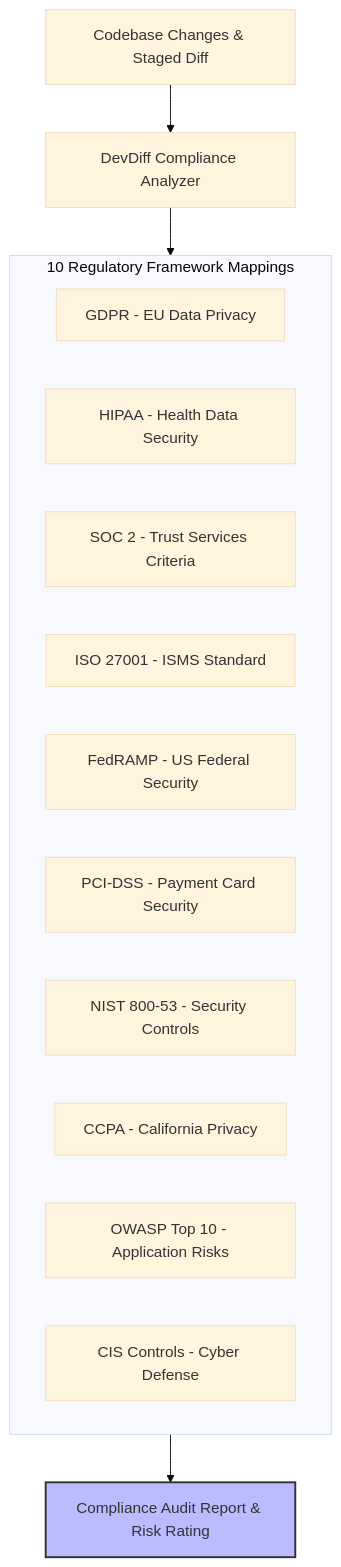
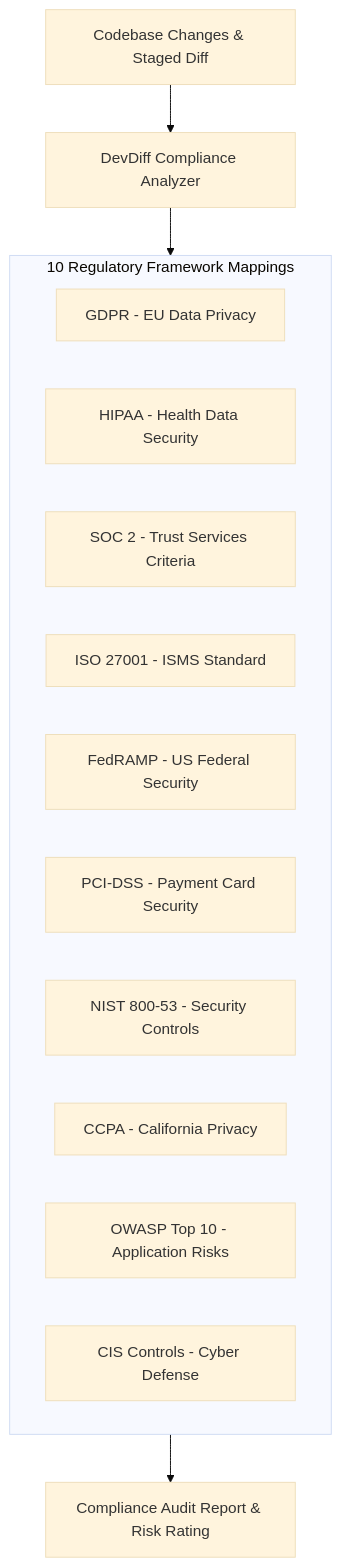
Before and after one commit to EldrexDelosReyesBula/DevDiff: the diagram in docs/security/compliance.md, drawn with Mermaid (base theme). The commit also changed other lines of this file and 187 other files, not shown here.

First line of the commit message:
release: v1.8.0 — multi-registry distribution, plugin architecture & documentation overhaul

````diff
--- a/docs/security/compliance.md
+++ b/docs/security/compliance.md
@@ -9,22 +9,20 @@
 ```mermaid
 flowchart TD
     Diff[Codebase Changes & Staged Diff] --> Engine[DevDiff Compliance Analyzer]
 
     subgraph Frameworks [10 Regulatory Framework Mappings]
       F1[GDPR - EU Data Privacy]
       F2[HIPAA - Health Data Security]
       F3[SOC 2 - Trust Services Criteria]
       F4[ISO 27001 - ISMS Standard]
       F5[FedRAMP - US Federal Security]
       F6[PCI-DSS - Payment Card Security]
       F7[NIST 800-53 - Security Controls]
       F8[CCPA - California Privacy]
       F9[OWASP Top 10 - Application Risks]
       F10[CIS Controls - Cyber Defense]
     end
 
     Engine --> Frameworks
     Frameworks --> Report[Compliance Audit Report & Risk Rating]
-
-    style Report fill:#bbf,stroke:#333,stroke-width:2px
 ```
````
